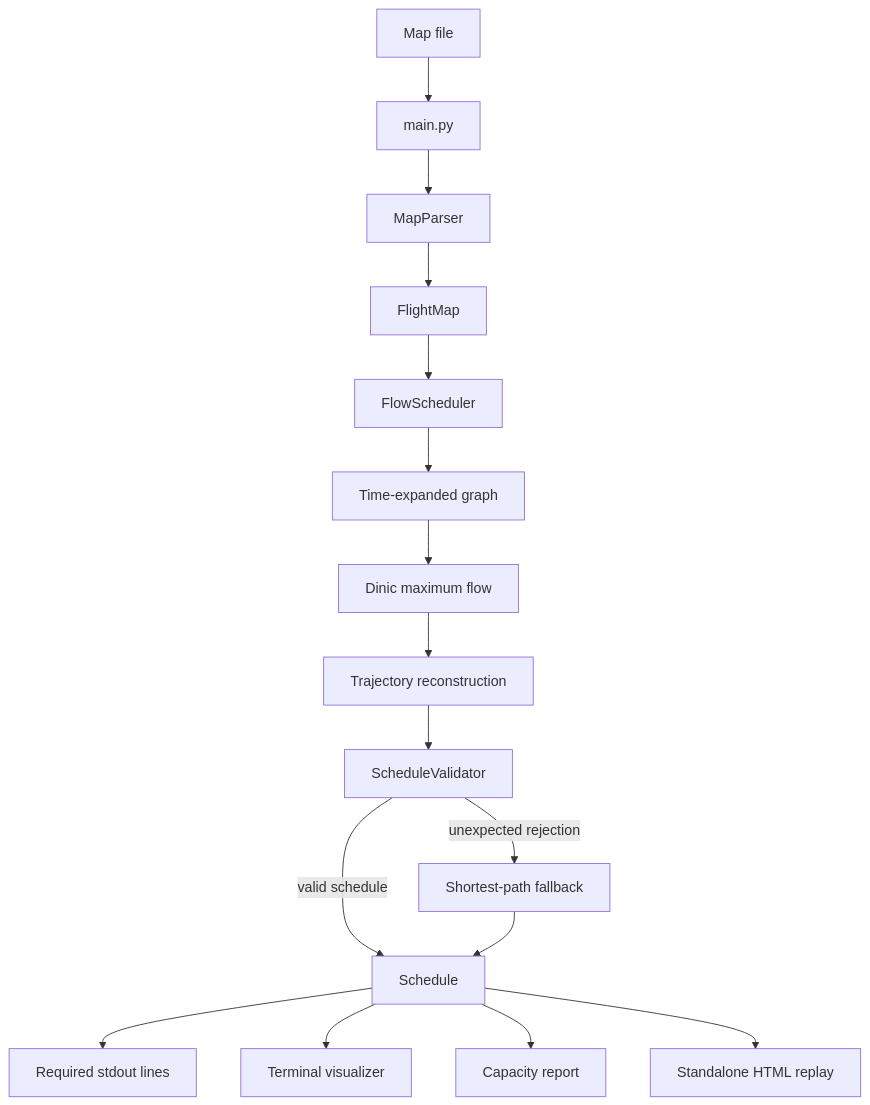
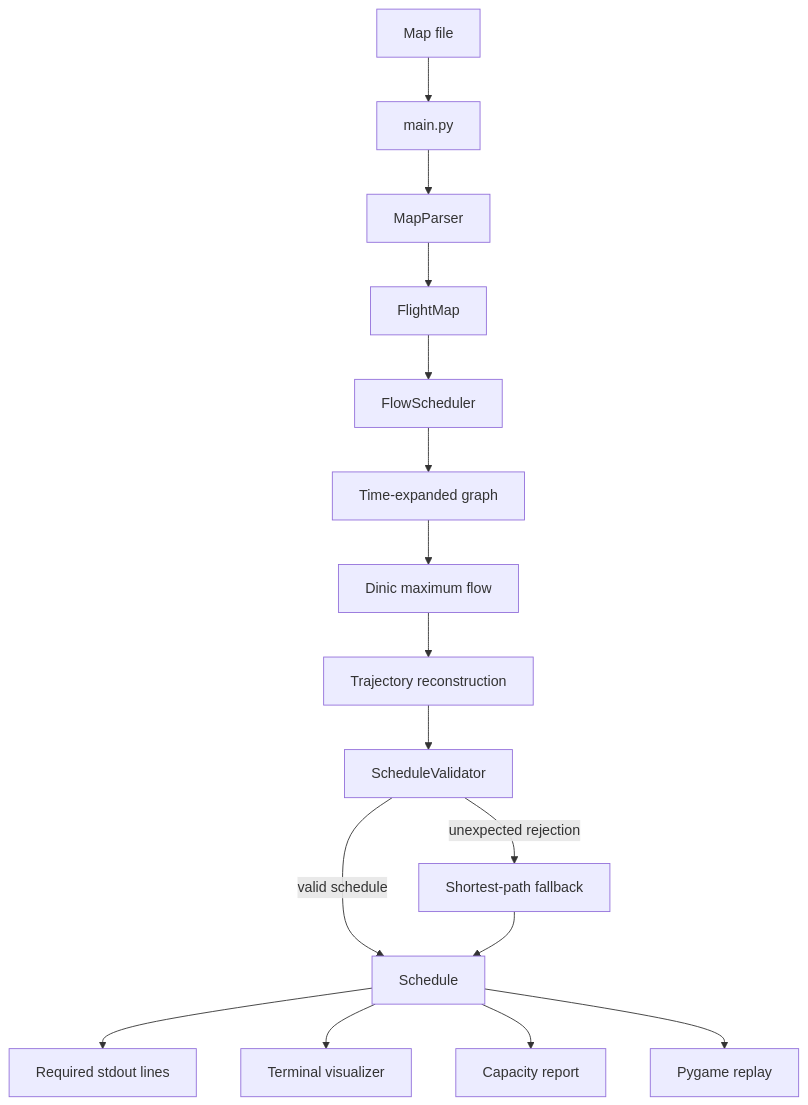
Before and after one commit to mirelsan/Projects_42sp: the first of 2 diagrams in 06_Fly-in/README.md, drawn with Mermaid. The commit also changed other lines of this file and 13 other files, not shown here.

````diff
--- a/06_Fly-in/README.md
+++ b/06_Fly-in/README.md
@@ -186,18 +185,18 @@
 ```mermaid
 flowchart TD
     A[Map file] --> B[main.py]
     B --> C[MapParser]
     C --> D[FlightMap]
     D --> E[FlowScheduler]
     E --> F[Time-expanded graph]
     F --> G[Dinic maximum flow]
     G --> H[Trajectory reconstruction]
     H --> I[ScheduleValidator]
     I -->|valid schedule| J[Schedule]
     I -->|unexpected rejection| K[Shortest-path fallback]
     K --> J
     J --> L[Required stdout lines]
     J --> M[Terminal visualizer]
     J --> N[Capacity report]
-    J --> O[Standalone HTML replay]
+    J --> O[Pygame replay]
 ```
````
